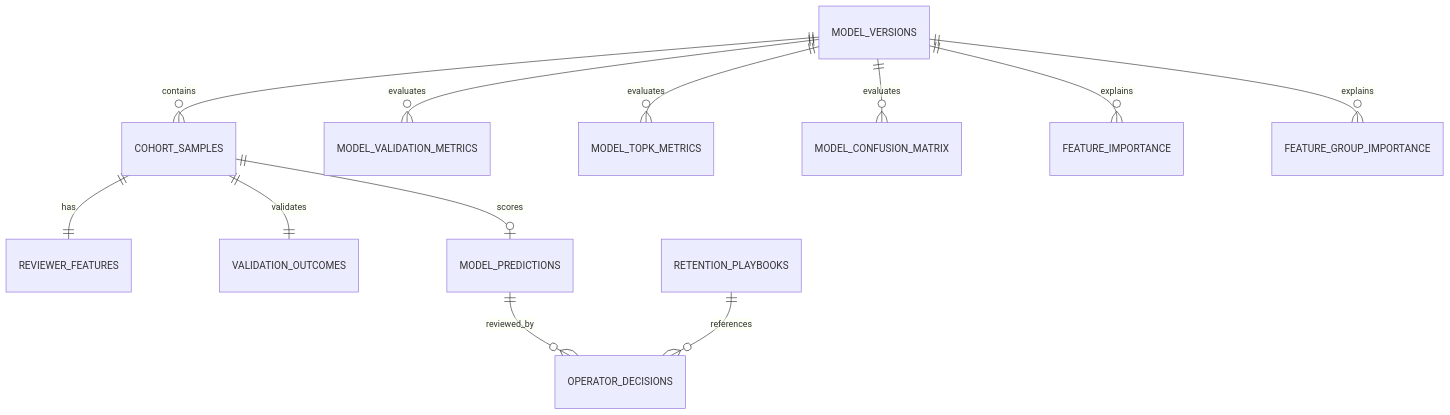
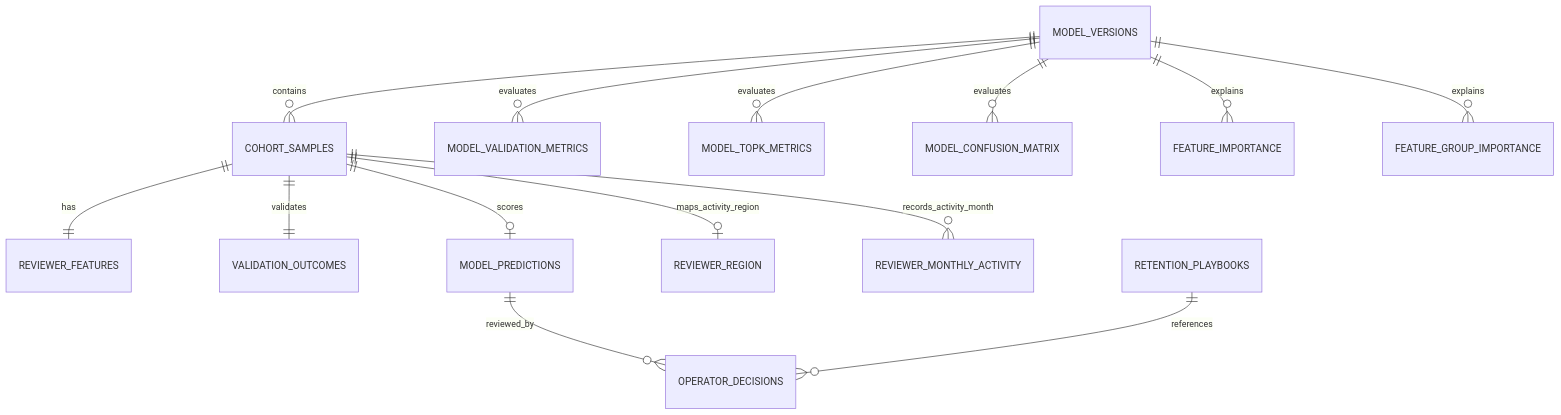
The diagram in database/docs/erd_v04.md (SKNETWORKS-FAMILY-AICAMP/SKN34-2nd-5Team), drawn with Mermaid before and after one commit. The commit also changed other lines of this file and 15 other files, not shown here.

Commit message:
Add derived reviewer region and monthly activity data

````diff
--- a/database/docs/erd_v04.md
+++ b/database/docs/erd_v04.md
@@ -25,15 +31,17 @@
 ```mermaid
 erDiagram
     MODEL_VERSIONS ||--o{ COHORT_SAMPLES : contains
     MODEL_VERSIONS ||--o{ MODEL_VALIDATION_METRICS : evaluates
     MODEL_VERSIONS ||--o{ MODEL_TOPK_METRICS : evaluates
     MODEL_VERSIONS ||--o{ MODEL_CONFUSION_MATRIX : evaluates
     MODEL_VERSIONS ||--o{ FEATURE_IMPORTANCE : explains
     MODEL_VERSIONS ||--o{ FEATURE_GROUP_IMPORTANCE : explains
 
     COHORT_SAMPLES ||--|| REVIEWER_FEATURES : has
     COHORT_SAMPLES ||--|| VALIDATION_OUTCOMES : validates
     COHORT_SAMPLES ||--o| MODEL_PREDICTIONS : scores
+    COHORT_SAMPLES ||--o| REVIEWER_REGION : maps_activity_region
+    COHORT_SAMPLES ||--o{ REVIEWER_MONTHLY_ACTIVITY : records_activity_month
     MODEL_PREDICTIONS ||--o{ OPERATOR_DECISIONS : reviewed_by
     RETENTION_PLAYBOOKS ||--o{ OPERATOR_DECISIONS : references
 ```
````
